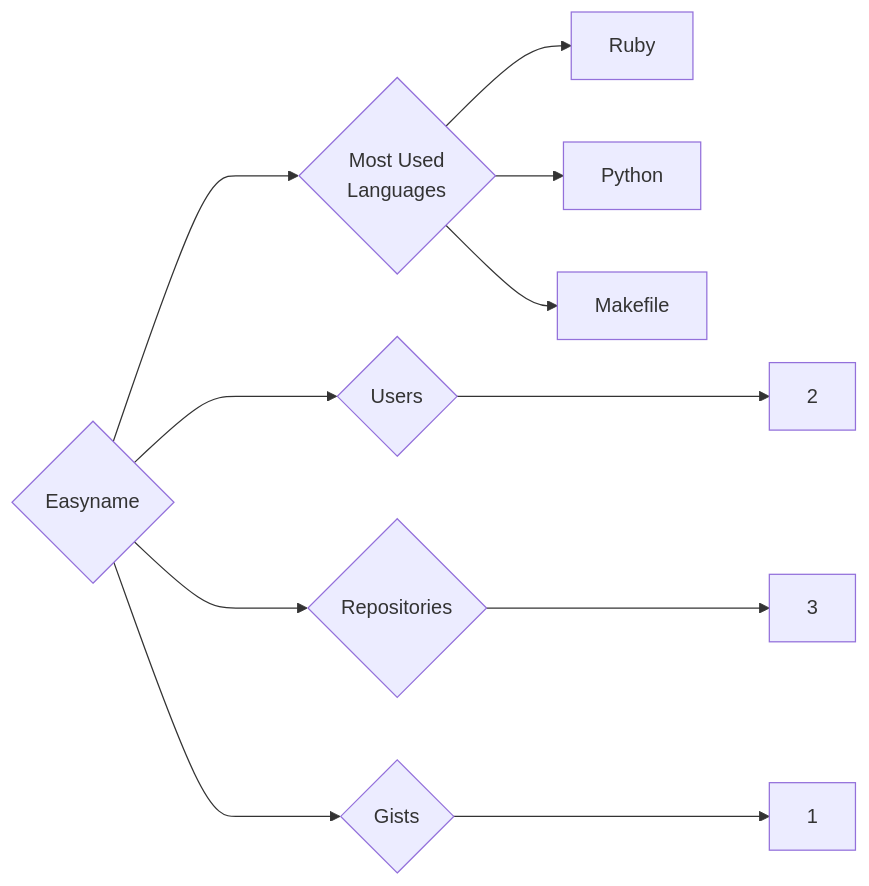
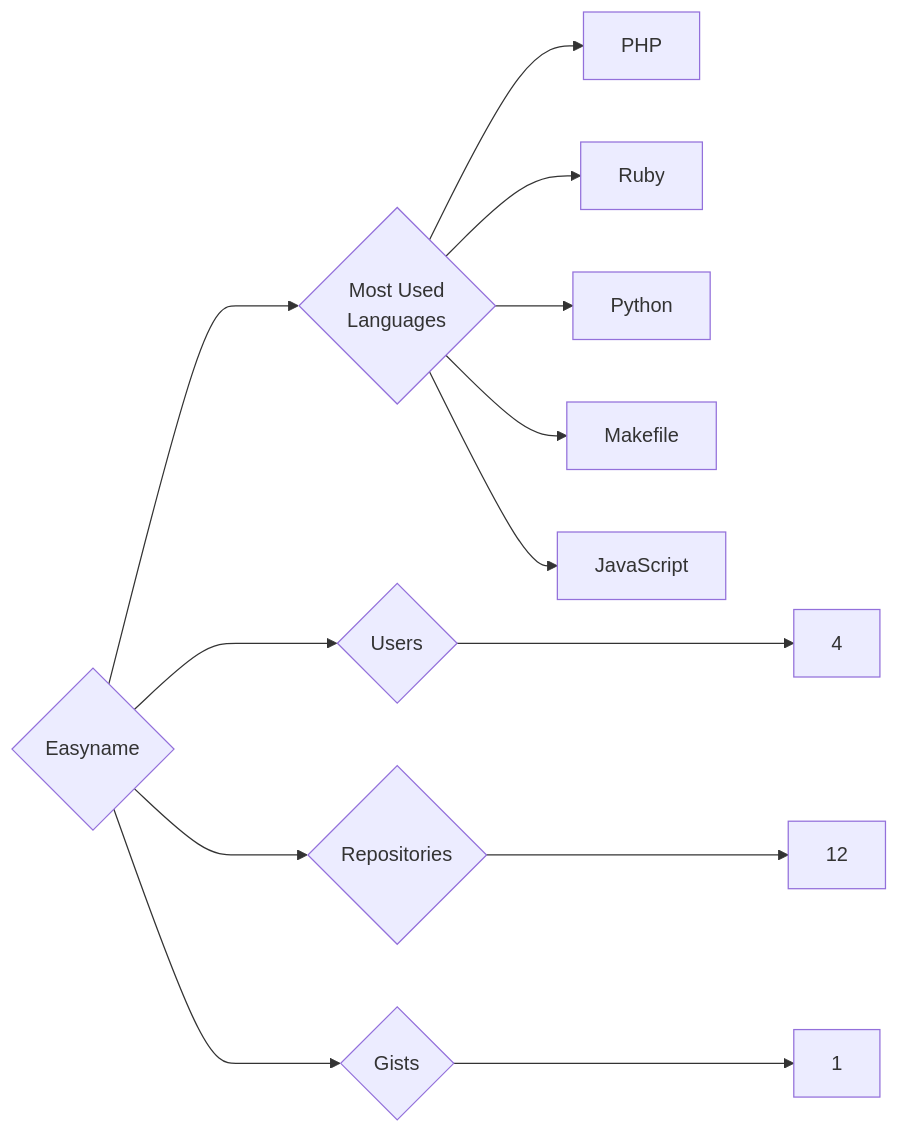
One commit to trickest/insiders changed the diagram in targets/Easyname/README.md. Above: the diagram before and after it, drawn with Mermaid. The commit also changed 682 other files, not shown here.

````diff
--- a/targets/Easyname/README.md
+++ b/targets/Easyname/README.md
@@ -3,11 +3,13 @@
 ```mermaid
 graph LR
 COMPANY_NAME{Easyname}
-COMPANY_NAME ---> U{Users} ---> UN[2]
-COMPANY_NAME ---> R{Repositories} ---> RN[3]
+COMPANY_NAME ---> U{Users} ---> UN[4]
+COMPANY_NAME ---> R{Repositories} ---> RN[12]
 COMPANY_NAME ---> G{Gists} ---> GN[1]
 COMPANY_NAME ---> ML{Most Used<br>Languages}
+ML --> PHP[PHP]
 ML --> Ruby[Ruby]
 ML --> Python[Python]
 ML --> Makefile[Makefile]
+ML --> JavaScript[JavaScript]
 ```
````
